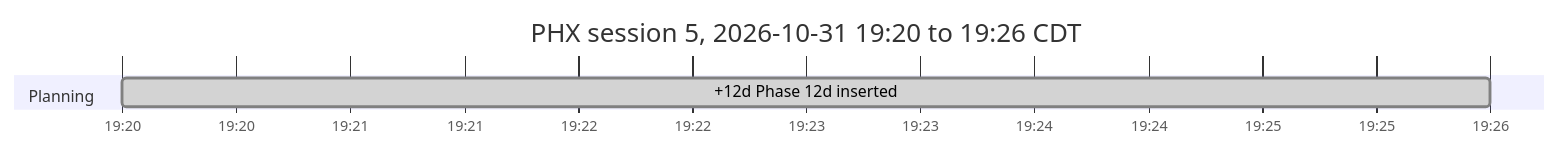
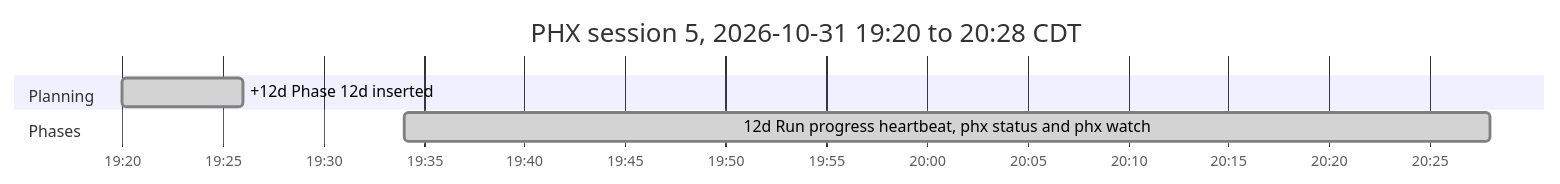
One commit to antonizick/PhaseHypervisor changed the fifth of 5 diagrams in docs/PHX_FINAL-REPORT.md. Above: the diagram before and after it, drawn with Mermaid. The commit also changed other lines of this file and 2 other files, not shown here.

Commit message:
docs(plan): refresh timeline

````diff
--- a/docs/PHX_FINAL-REPORT.md
+++ b/docs/PHX_FINAL-REPORT.md
@@ -151,8 +151,10 @@
 ```mermaid
 gantt
-    title PHX session 5, 2026-10-31 19:20 to 19:26 CDT
+    title PHX session 5, 2026-10-31 19:20 to 20:28 CDT
     dateFormat YYYY-MM-DD HH:mm
     axisFormat %H:%M
     section Planning
     +12d Phase 12d inserted :done, plan3, 2026-10-31 19:20, 2026-10-31 19:26
+    section Phases
+    12d Run progress heartbeat, phx status and phx watch :done, p12ds5, 2026-10-31 19:34, 2026-10-31 20:28
 ```
````
